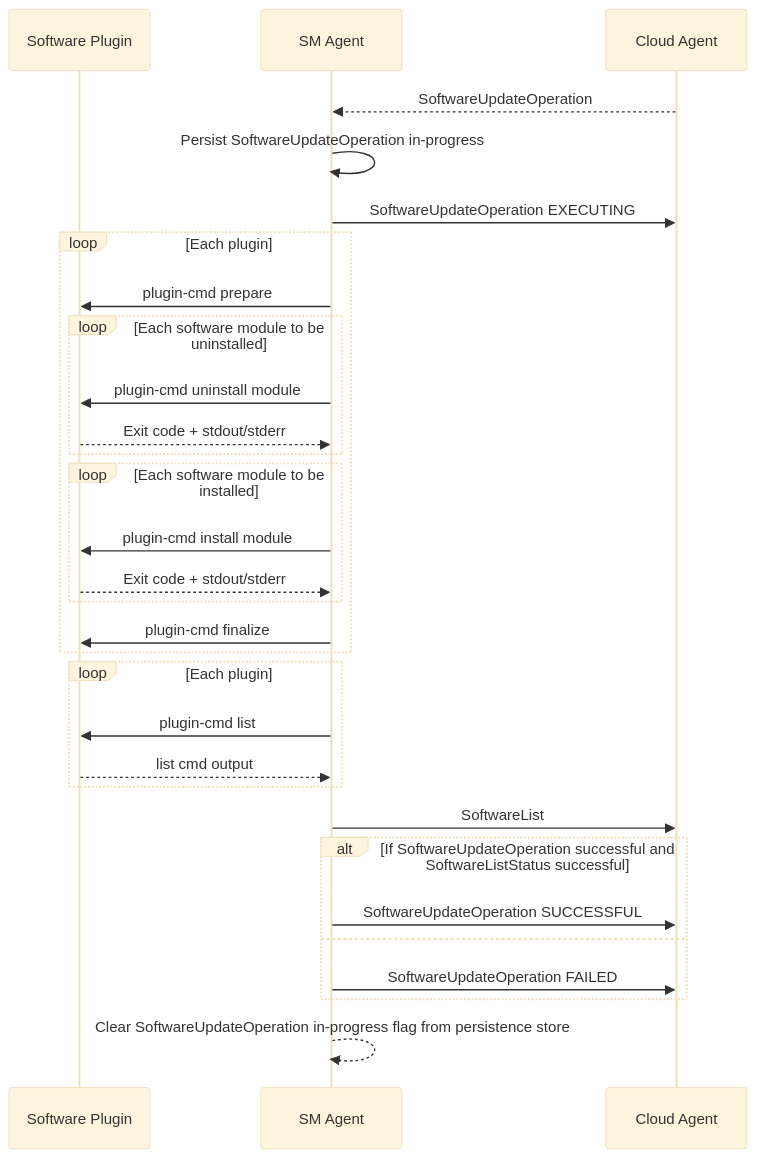
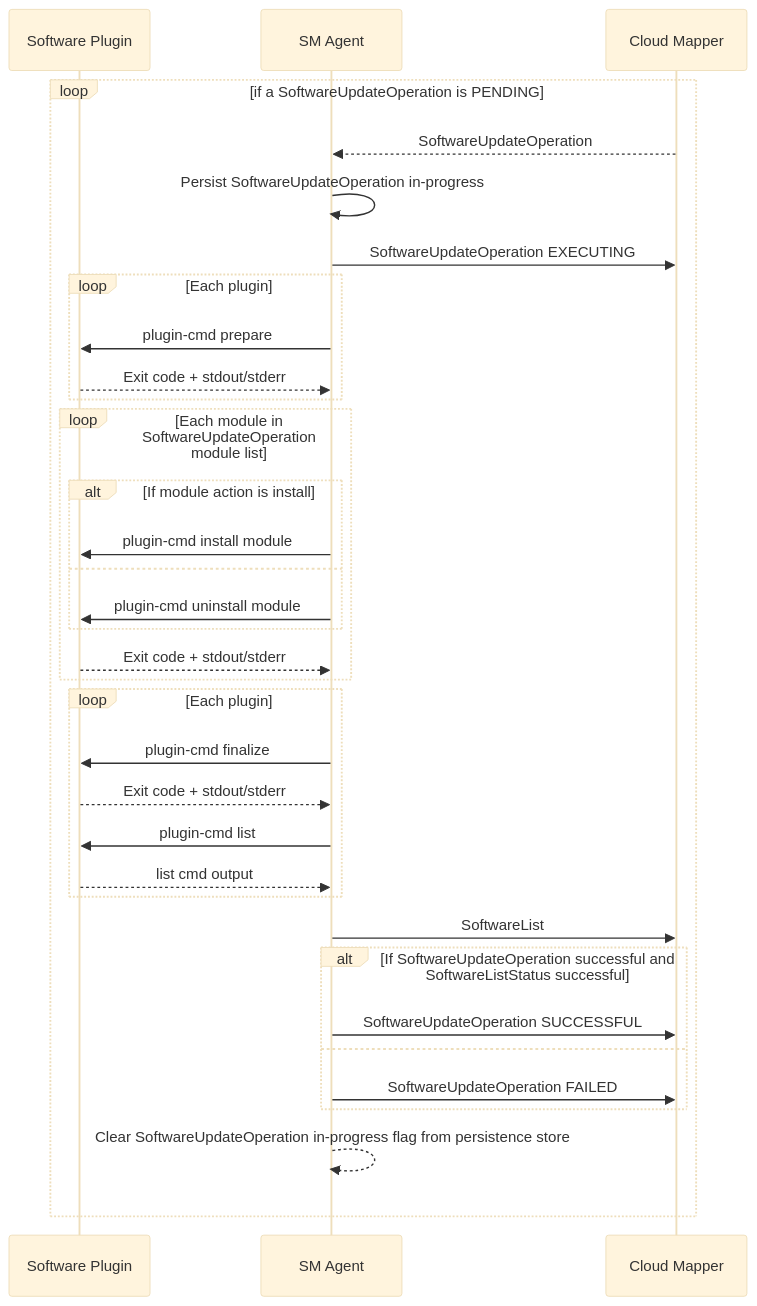
The third of 3 diagrams in src/software-management/sm-agent.md (thin-edge/thin-edge.io-specs), drawn with Mermaid (base theme) before and after one commit. The commit also changed other lines of this file, not shown here.

````diff
--- a/src/software-management/sm-agent.md
+++ b/src/software-management/sm-agent.md
@@ -67,40 +67,45 @@
 ```mermaid
 sequenceDiagram
     participant Software Plugin
     participant SM Agent
-    participant Cloud Agent
+    participant Cloud Mapper
 
-    Cloud Agent-->>SM Agent: SoftwareUpdateOperation
+    loop if a SoftwareUpdateOperation is PENDING
+        Cloud Mapper-->>SM Agent: SoftwareUpdateOperation
 
-    SM Agent->>SM Agent: Persist SoftwareUpdateOperation in-progress
-    SM Agent->>Cloud Agent: SoftwareUpdateOperation EXECUTING
-    loop Each plugin
-        SM Agent->>Software Plugin: plugin-cmd prepare
+        SM Agent->>SM Agent: Persist SoftwareUpdateOperation in-progress
+        SM Agent->>Cloud Mapper: SoftwareUpdateOperation EXECUTING
 
-        loop Each software module to be uninstalled
-            SM Agent->>Software Plugin: plugin-cmd uninstall module
+        loop Each plugin
+            SM Agent->>Software Plugin: plugin-cmd prepare
             Software Plugin-->>SM Agent: Exit code + stdout/stderr
         end
 
-        loop Each software module to be installed
-            SM Agent->>Software Plugin: plugin-cmd install module
+        loop Each module in SoftwareUpdateOperation module list
+            alt If module action is install
+                SM Agent->>Software Plugin: plugin-cmd install module
+            else
+                SM Agent->>Software Plugin: plugin-cmd uninstall module
+            end
             Software Plugin-->>SM Agent: Exit code + stdout/stderr
         end
 
-        SM Agent->>Software Plugin: plugin-cmd finalize
+        loop Each plugin
+            SM Agent->>Software Plugin: plugin-cmd finalize
+            Software Plugin-->>SM Agent: Exit code + stdout/stderr
+
+            SM Agent->>Software Plugin: plugin-cmd list
+            Software Plugin-->>SM Agent: list cmd output
+        end
+
+        SM Agent->>Cloud Mapper: SoftwareList
+
+        alt If SoftwareUpdateOperation successful and SoftwareListStatus successful
+            SM Agent->>Cloud Mapper: SoftwareUpdateOperation SUCCESSFUL
+        else
+            SM Agent->>Cloud Mapper: SoftwareUpdateOperation FAILED
+        end
+
+        SM Agent-->>SM Agent: Clear SoftwareUpdateOperation in-progress flag from persistence store
     end
-
-    loop Each plugin
-        SM Agent->>Software Plugin: plugin-cmd list
-        Software Plugin-->>SM Agent: list cmd output
-    end
-    SM Agent->>Cloud Agent: SoftwareList
-
-    alt If SoftwareUpdateOperation successful and SoftwareListStatus successful
-        SM Agent->>Cloud Agent: SoftwareUpdateOperation SUCCESSFUL
-    else
-        SM Agent->>Cloud Agent: SoftwareUpdateOperation FAILED
-    end
-
-    SM Agent-->>SM Agent: Clear SoftwareUpdateOperation in-progress flag from persistence store
 ```
````
